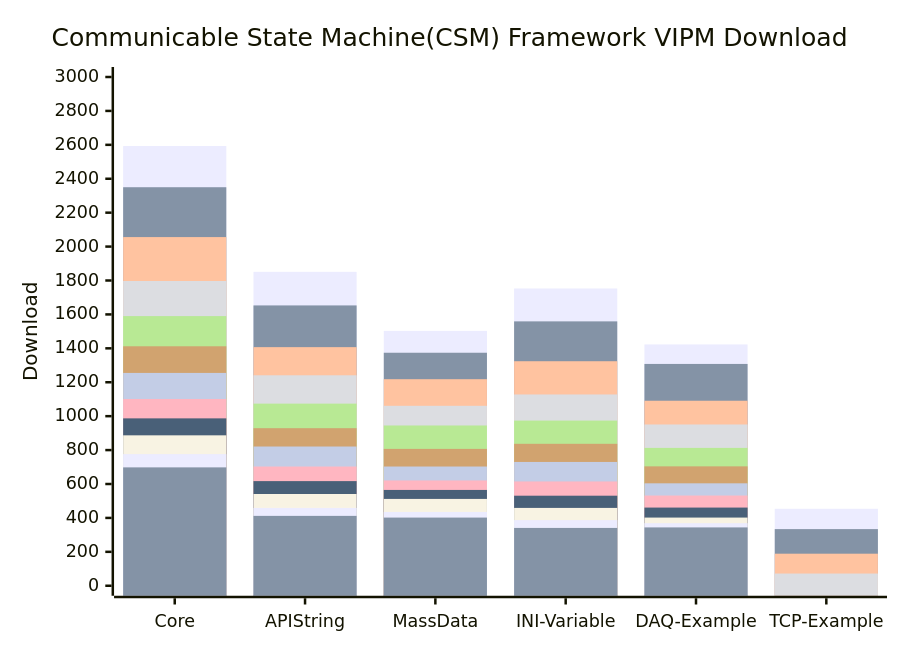
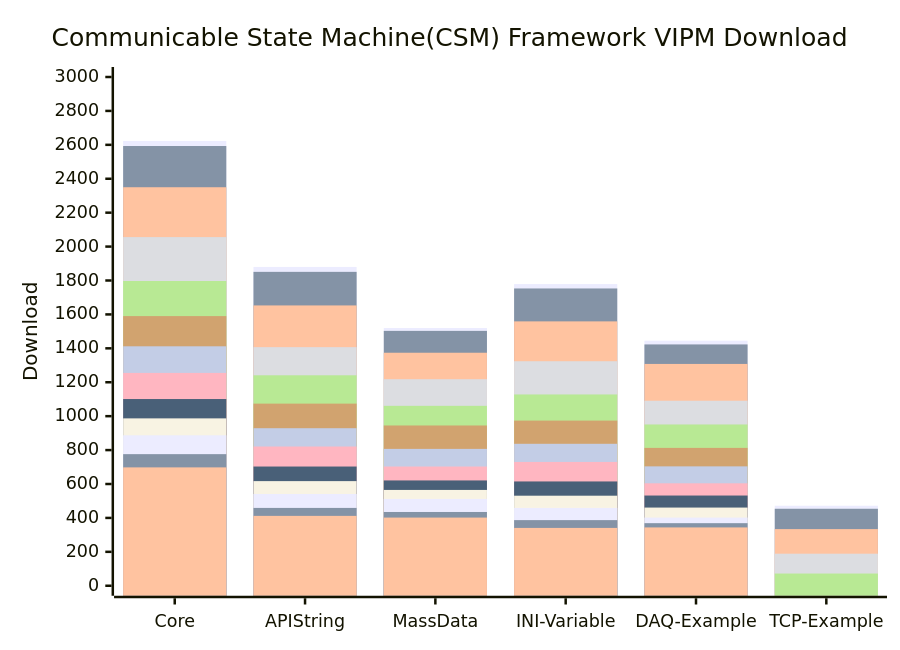
The diagram in profile/README.md (NEVSTOP-LAB/.github), drawn with Mermaid before and after one commit.

Commit message:
创建 2025.06 下载区间

````diff
--- a/profile/README.md
+++ b/profile/README.md
@@ -31,18 +31,19 @@
 ```mermaid
     xychart-beta
     title "Communicable State Machine(CSM) Framework VIPM Download"
     x-axis [Core, API String, MassData, INI-Variable, DAQ-Example, TCP-Example]
     y-axis "Download" 0 --> 3000
+    bar   [2623, 1880, 1520, 1779, 1445, 472]
     bar   [2593, 1851, 1503, 1753, 1423, 454]
     bar   [2350, 1653, 1374, 1559, 1308, 334]
     bar   [2056, 1407, 1218, 1324, 1091, 189]
     bar   [1797, 1241, 1061, 1128, 951, 72]
     bar   [1590, 1074, 945, 974, 813]
     bar   [1412, 929, 807, 837, 704]
     bar   [1255, 821, 703, 730, 604]
     bar   [1101, 703, 621, 615, 532]
     bar   [987, 617, 565, 531, 461]
     bar   [887, 541, 512, 459, 402]
     bar   [776, 459, 435, 387, 369]
     bar   [698, 412, 402, 341, 344]
 ```
````
